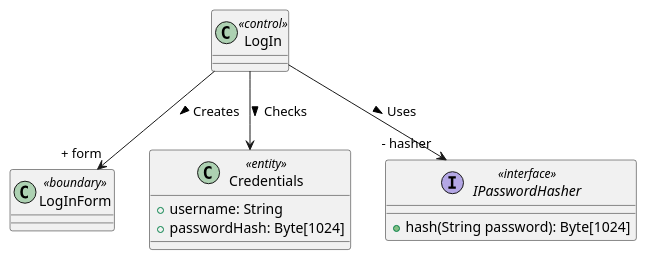
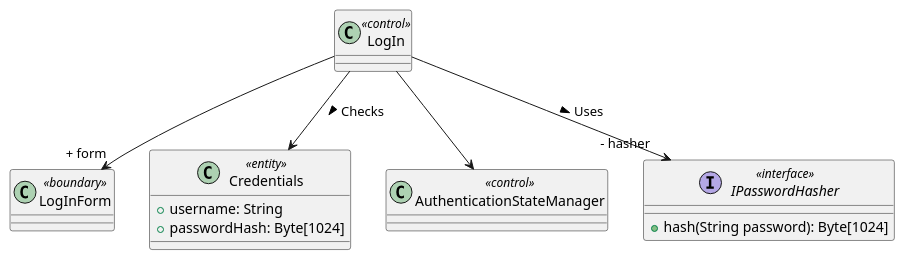
One commit to bmb0136/COMP-3700-Project changed the second of 2 diagrams in Use Cases/LogIn.iuml. Above: the diagram before and after it, drawn with PlantUML. The commit also changed 1 other file, not shown here.

Commit message:
tweak log in/out model

```diff
--- a/Use Cases/LogIn.iuml
+++ b/Use Cases/LogIn.iuml
@@ -28,14 +28,16 @@
 @startuml Log In Object Model
 class LogIn <<control>> {}
 class LogInForm <<boundary>> {}
 class Credentials <<entity>> {
   + username: String
   + passwordHash: Byte[1024]
 }
+class AuthenticationStateManager <<control>> {}
 interface IPasswordHasher <<interface>> {
   + hash(String password): Byte[1024]
 }
-LogIn --> "+ form" LogInForm : Creates >
+LogIn --> "+ form" LogInForm
 LogIn --> Credentials : Checks >
 LogIn --> "- hasher" IPasswordHasher : Uses >
+LogIn --> AuthenticationStateManager
 @enduml
```
